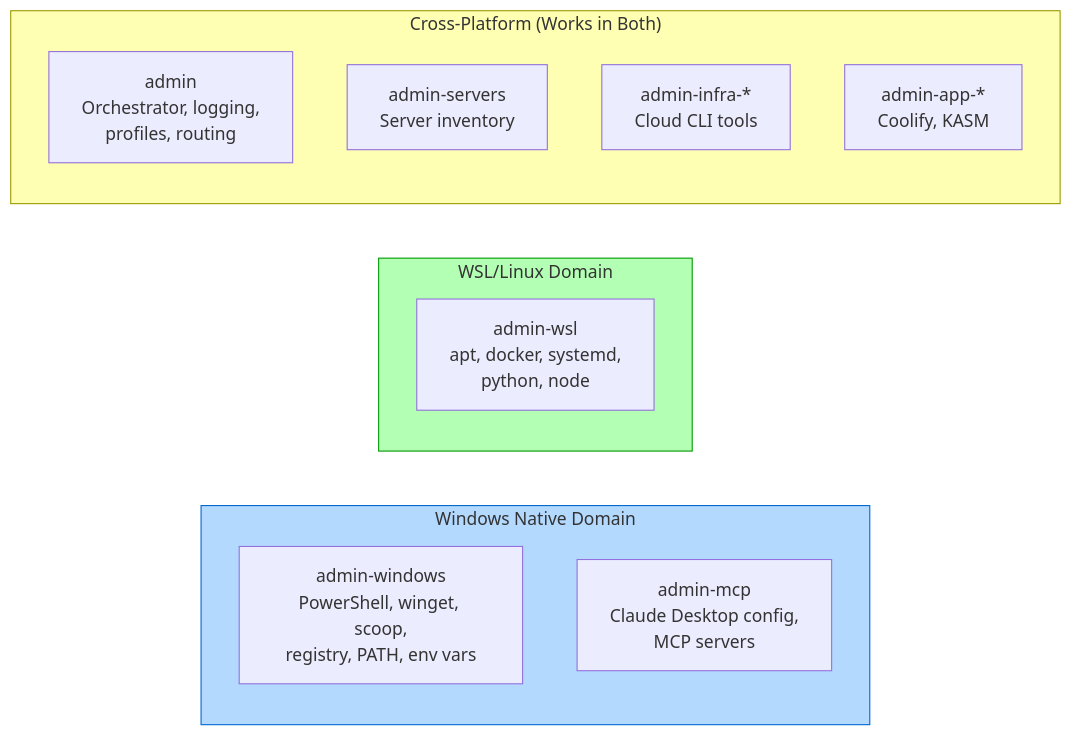
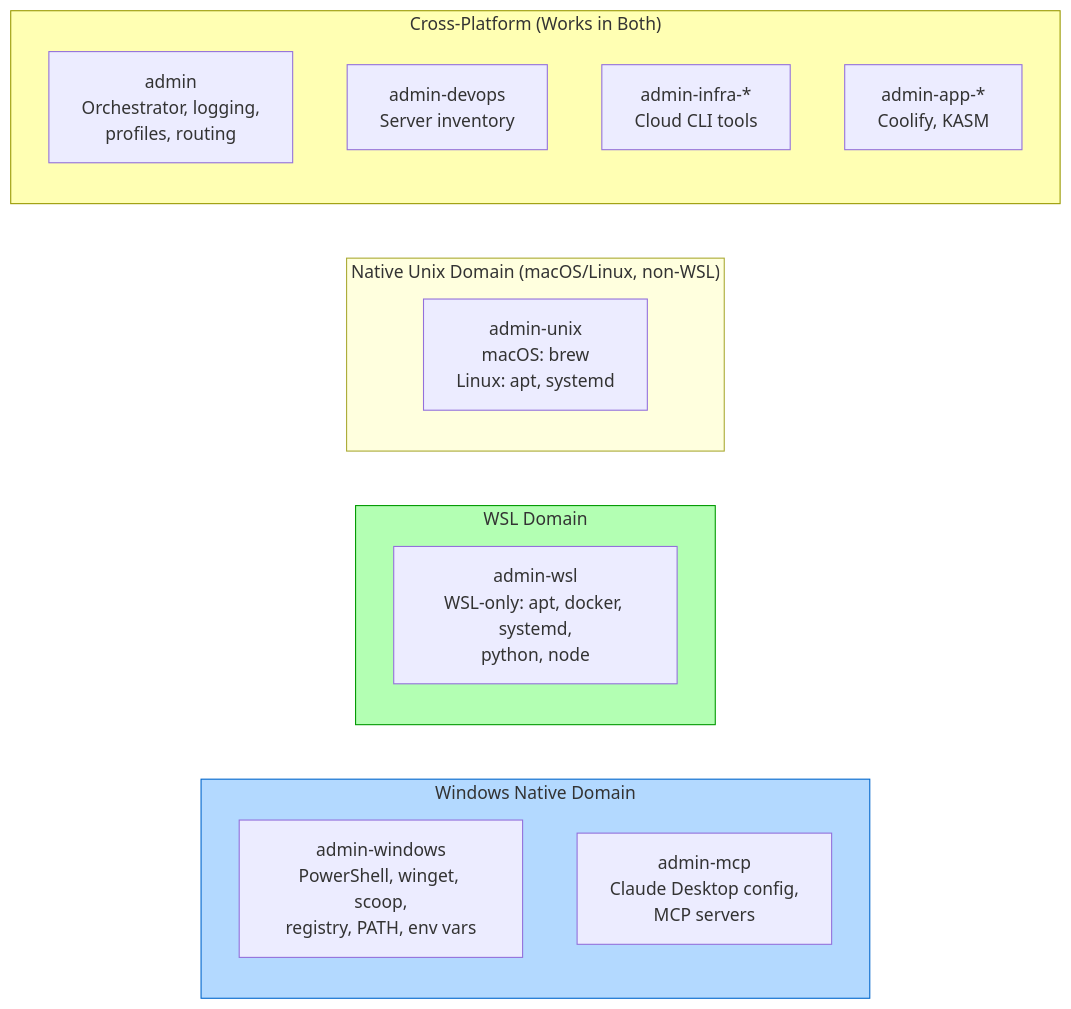
One commit to evolv3-ai/vibeskills changed the second of 7 diagrams in docs/admin-skills-windows-map.md. Above: the diagram before and after it, drawn with Mermaid. The commit also changed other lines of this file and 42 other files, not shown here.

Commit message:
rename admin-devops

````diff
--- a/docs/admin-skills-windows-map.md
+++ b/docs/admin-skills-windows-map.md
@@ -56,25 +56,30 @@
 ```mermaid
 flowchart LR
     subgraph WindowsNative["Windows Native Domain"]
         direction TB
         W_WIN["admin-windows<br>PowerShell, winget, scoop,<br>registry, PATH, env vars"]
         W_MCP["admin-mcp<br>Claude Desktop config,<br>MCP servers"]
     end
 
-    subgraph WSLDomain["WSL/Linux Domain"]
+    subgraph WSLDomain["WSL Domain"]
         direction TB
-        W_WSL["admin-wsl<br>apt, docker, systemd,<br>python, node"]
+        W_WSL["admin-wsl<br>WSL-only: apt, docker, systemd,<br>python, node"]
+    end
+
+    subgraph UnixNative["Native Unix Domain (macOS/Linux, non-WSL)"]
+        direction TB
+        W_UNIX["admin-unix<br>macOS: brew<br>Linux: apt, systemd"]
     end
 
     subgraph CrossPlatform["Cross-Platform (Works in Both)"]
         direction TB
         W_ADMIN["admin<br>Orchestrator, logging,<br>profiles, routing"]
-        W_SERVERS["admin-servers<br>Server inventory"]
+        W_SERVERS["admin-devops<br>Server inventory"]
         W_INFRA["admin-infra-*<br>Cloud CLI tools"]
         W_APPS["admin-app-*<br>Coolify, KASM"]
     end
 
     style WindowsNative fill:#b3d9ff,stroke:#0066cc
     style WSLDomain fill:#b3ffb3,stroke:#009900
     style CrossPlatform fill:#ffffb3,stroke:#999900
 ```
````
